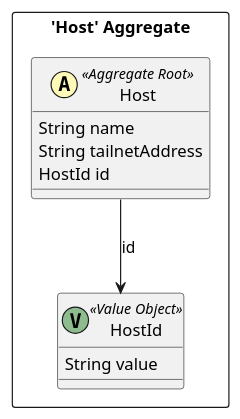
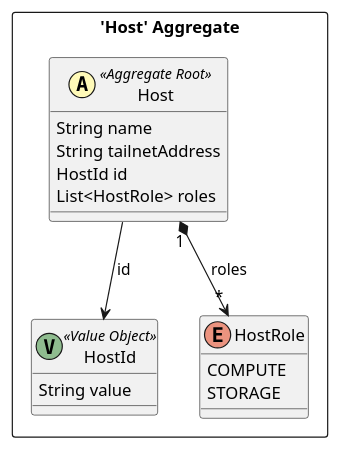
One commit to phibkro/agent-hypervisor changed the diagram in domain/out/agent-hypervisor_BC_ProjectCatalog_Host.puml. Above: the diagram before and after it, drawn with PlantUML. The commit also changed 10 other files, not shown here.

First line of the commit message:
Domain model draft 3: fork from checkpoint, stop instead of snapshot, hot-plug grants, multi-host roles

```diff
--- a/domain/out/agent-hypervisor_BC_ProjectCatalog_Host.puml
+++ b/domain/out/agent-hypervisor_BC_ProjectCatalog_Host.puml
@@ -1,18 +1,24 @@
 @startuml
 
 skinparam componentStyle uml2
 
 package "'Host' Aggregate" <<Rectangle>> {
 	class Host <<(A,#fffab8) Aggregate Root>> {
 		String name
 		String tailnetAddress
 		HostId id
+		List<HostRole> roles
 	}
 	class HostId <<(V,DarkSeaGreen) Value Object>> {
 		String value
 	}
+	enum HostRole {
+		COMPUTE
+		STORAGE
+	}
 }
 Host --> HostId : id
+Host "1" *--> "*" HostRole : roles
 
 
 @enduml
```
